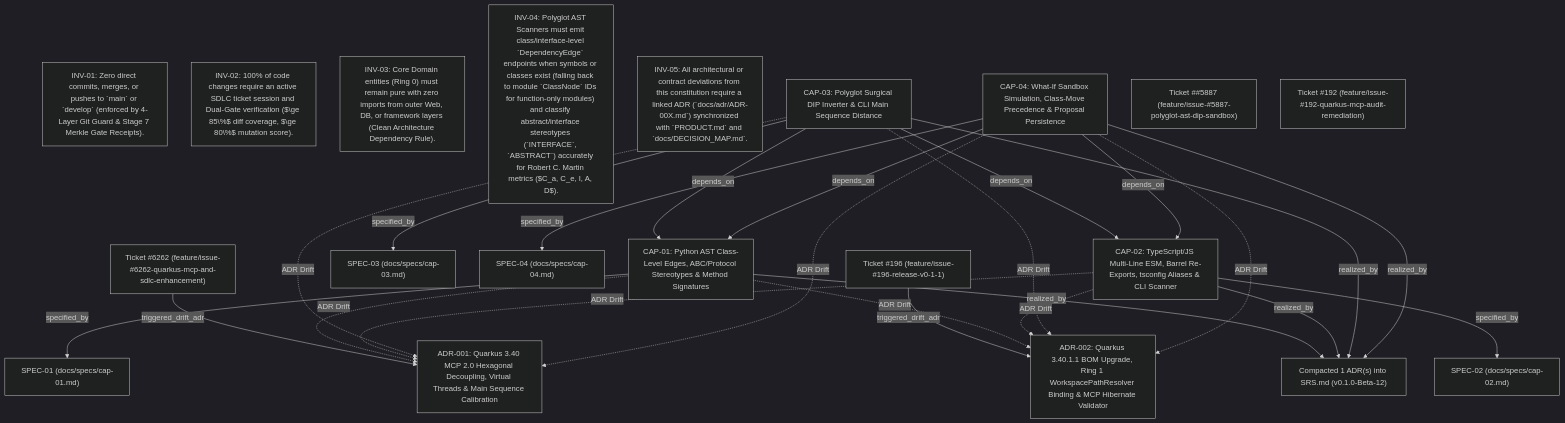
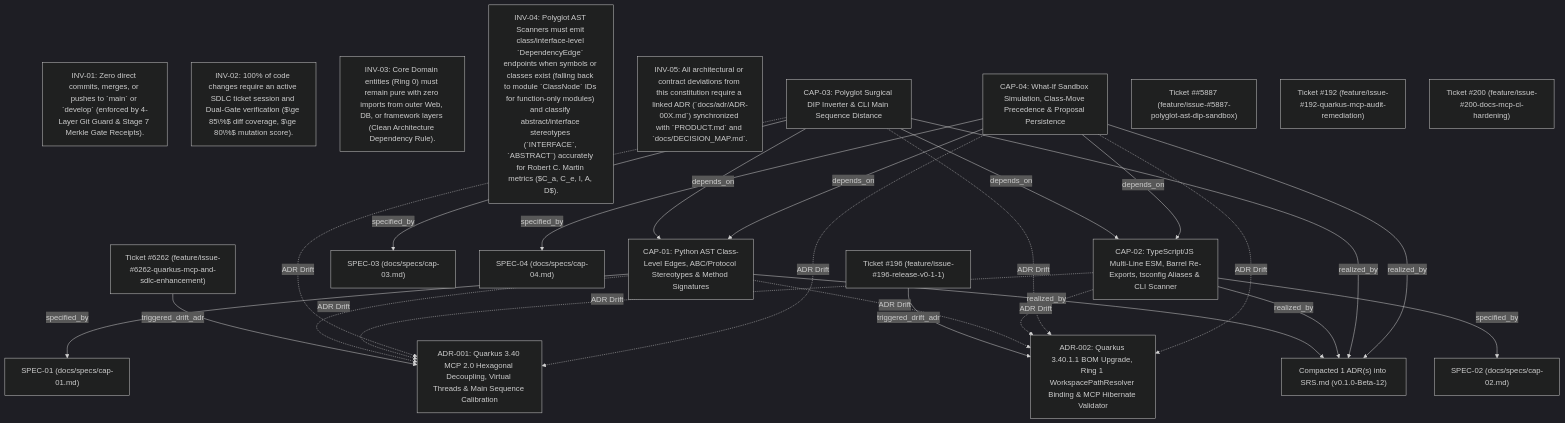
One commit to fmatar/archlens changed the diagram in docs/DECISION_MAP.md. Above: the diagram before and after it, drawn with Mermaid (dark theme). The commit also changed 18 other files, not shown here.

````diff
--- a/docs/DECISION_MAP.md
+++ b/docs/DECISION_MAP.md
@@ -9,45 +9,46 @@
 ```mermaid
 flowchart TD
   INV_01["INV-01: Zero direct commits, merges, or pushes to `main` or `develop` (enforced by 4-Layer Git Guard & Stage 7 Merkle Gate Receipts)."]
   INV_02["INV-02: 100% of code changes require an active SDLC ticket session and Dual-Gate verification ($\ge 85\%$ diff coverage, $\ge 80\%$ mutation score)."]
   INV_03["INV-03: Core Domain entities (Ring 0) must remain pure with zero imports from outer Web, DB, or framework layers (Clean Architecture Dependency Rule)."]
   INV_04["INV-04: Polyglot AST Scanners must emit class/interface-level `DependencyEdge` endpoints when symbols or classes exist (falling back to module `ClassNode` IDs for function-only modules) and classify abstract/interface stereotypes (`INTERFACE`, `ABSTRACT`) accurately for Robert C. Martin metrics ($C_a, C_e, I, A, D$)."]
   INV_05["INV-05: All architectural or contract deviations from this constitution require a linked ADR (`docs/adr/ADR-00X.md`) synchronized with `PRODUCT.md` and `docs/DECISION_MAP.md`."]
   CAP_01["CAP-01: Python AST Class-Level Edges, ABC/Protocol Stereotypes & Method Signatures"]
   SPEC_01["SPEC-01 (docs/specs/cap-01.md)"]
   CAP_02["CAP-02: TypeScript/JS Multi-Line ESM, Barrel Re-Exports, tsconfig Aliases & CLI Scanner"]
   SPEC_02["SPEC-02 (docs/specs/cap-02.md)"]
   CAP_03["CAP-03: Polyglot Surgical DIP Inverter & CLI Main Sequence Distance"]
   SPEC_03["SPEC-03 (docs/specs/cap-03.md)"]
   CAP_04["CAP-04: What-If Sandbox Simulation, Class-Move Precedence & Proposal Persistence"]
   SPEC_04["SPEC-04 (docs/specs/cap-04.md)"]
   ADR_001["ADR-001: Quarkus 3.40 MCP 2.0 Hexagonal Decoupling, Virtual Threads & Main Sequence Calibration"]
   _6262["Ticket #6262 (feature/issue-#6262-quarkus-mcp-and-sdlc-enhancement)"]
   ADR_002["ADR-002: Quarkus 3.40.1.1 BOM Upgrade, Ring 1 WorkspacePathResolver Binding & MCP Hibernate Validator"]
   _196["Ticket #196 (feature/issue-#196-release-v0-1-1)"]
   ADR_COMPACT_v0_1_0_Beta_12["Compacted 1 ADR(s) into SRS.md (v0.1.0-Beta-12)"]
   __5887["Ticket ##5887 (feature/issue-#5887-polyglot-ast-dip-sandbox)"]
   _192["Ticket #192 (feature/issue-#192-quarkus-mcp-audit-remediation)"]
+  _200["Ticket #200 (feature/issue-#200-docs-mcp-ci-hardening)"]
   CAP_01 -->|specified_by| SPEC_01
   CAP_02 -->|specified_by| SPEC_02
   CAP_03 -->|specified_by| SPEC_03
   CAP_03 -->|depends_on| CAP_01
   CAP_03 -->|depends_on| CAP_02
   CAP_04 -->|specified_by| SPEC_04
   CAP_04 -->|depends_on| CAP_01
   CAP_04 -->|depends_on| CAP_02
   _6262 -->|triggered_drift_adr| ADR_001
   CAP_01 -.->|ADR Drift| ADR_001
   CAP_02 -.->|ADR Drift| ADR_001
   CAP_03 -.->|ADR Drift| ADR_001
   CAP_04 -.->|ADR Drift| ADR_001
   _196 -->|triggered_drift_adr| ADR_002
   CAP_01 -.->|ADR Drift| ADR_002
   CAP_02 -.->|ADR Drift| ADR_002
   CAP_03 -.->|ADR Drift| ADR_002
   CAP_04 -.->|ADR Drift| ADR_002
   CAP_01 -->|realized_by| ADR_COMPACT_v0_1_0_Beta_12
   CAP_02 -->|realized_by| ADR_COMPACT_v0_1_0_Beta_12
   CAP_03 -->|realized_by| ADR_COMPACT_v0_1_0_Beta_12
   CAP_04 -->|realized_by| ADR_COMPACT_v0_1_0_Beta_12
 ```
````
